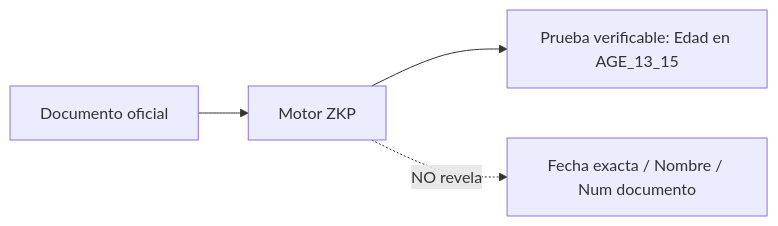
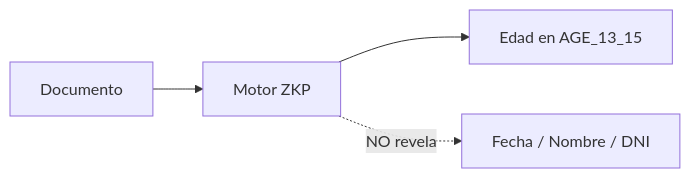
Before and after one commit to jorgej-ramos/AAVP: the tenth of 13 diagrams in README.md, drawn with Mermaid. The commit also changed other lines of this file, not shown here.

First line of the commit message:
Refactor README structure and update diagrams

````diff
--- a/README.md
+++ b/README.md
@@ -401,6 +339,6 @@
 ```mermaid
 flowchart LR
-    DOC[Documento oficial] --> ZKP[Motor ZKP]
-    ZKP --> PROOF[Prueba verificable: Edad en AGE_13_15]
-    ZKP -.->|NO revela| HIDDEN[Fecha exacta / Nombre / Num documento]
+    A[Documento] --> B[Motor ZKP]
+    B --> C[Edad en AGE_13_15]
+    B -.->|NO revela| D[Fecha / Nombre / DNI]
 ```
````
